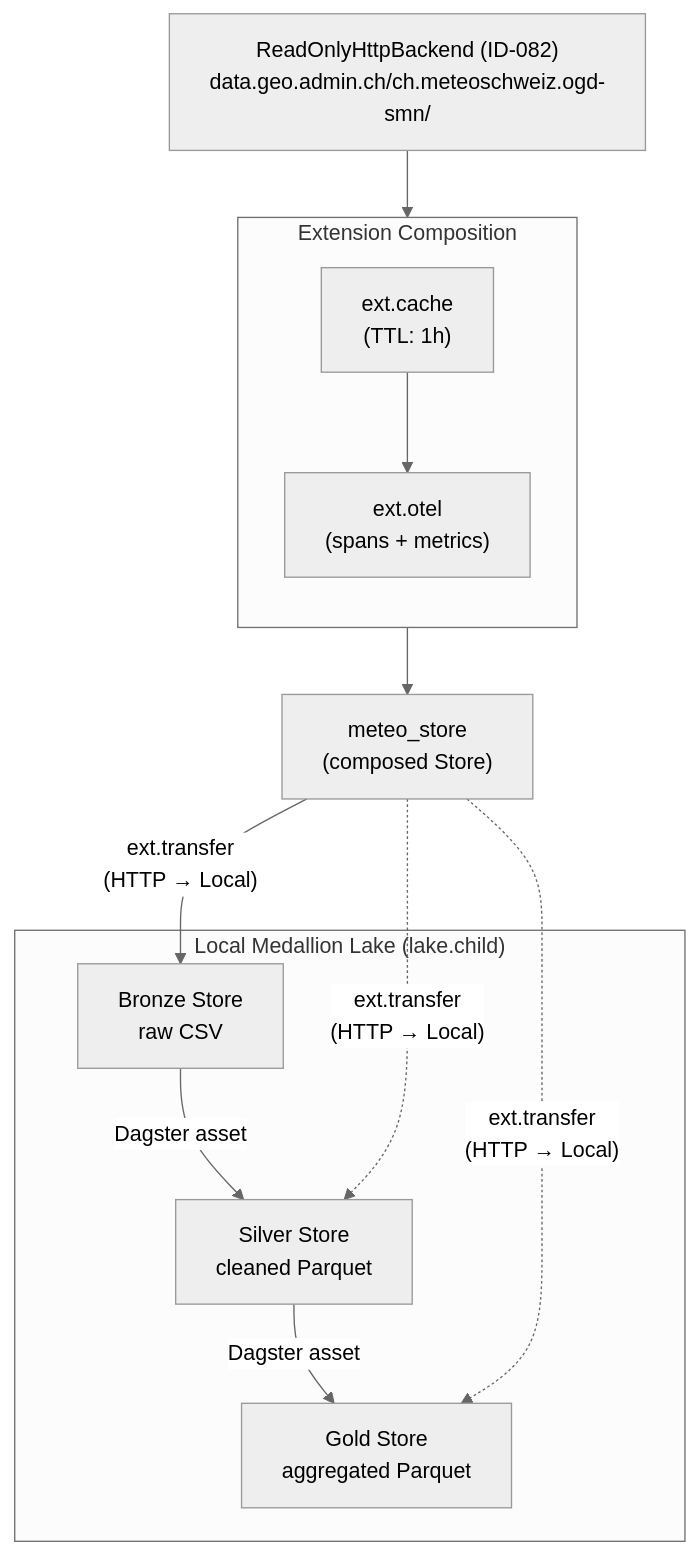
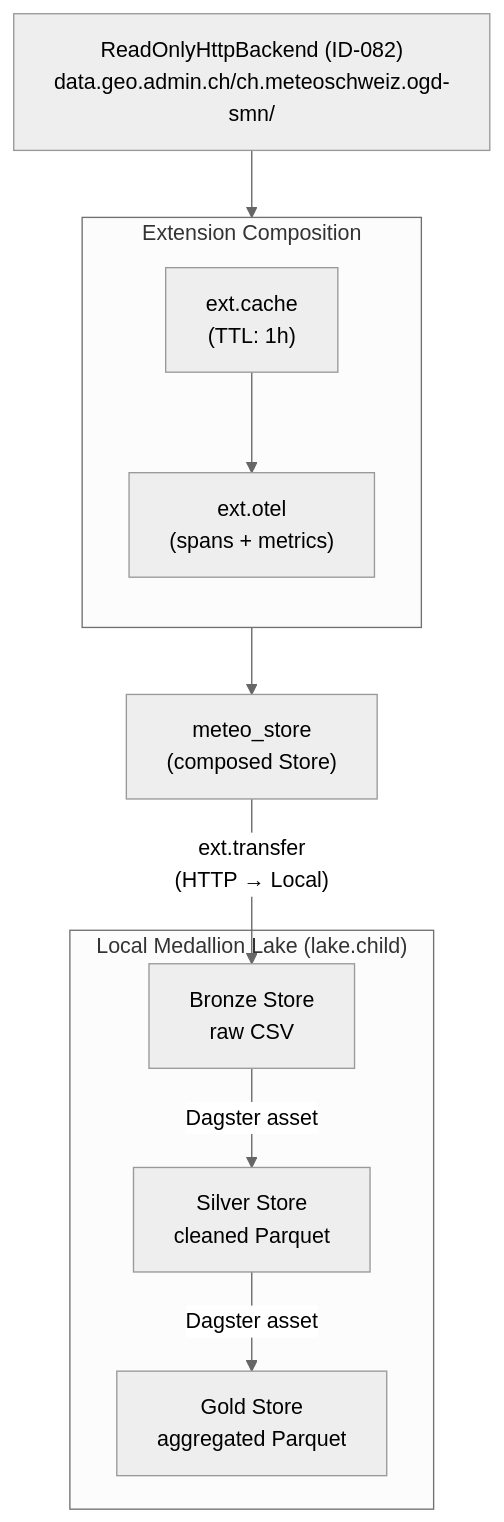
Before and after one commit to haalfi/remote-store: the first of 2 diagrams in sdd/research/research-medallion-dagster-showcase.md, drawn with Mermaid (neutral theme). The commit also changed other lines of this file, not shown here.

First line of the commit message:
Fix PR review findings in medallion-dagster architecture doc

````diff
--- a/sdd/research/research-medallion-dagster-showcase.md
+++ b/sdd/research/research-medallion-dagster-showcase.md
@@ -111,26 +111,24 @@
 ```mermaid
 graph TD
     HTTP["ReadOnlyHttpBackend (ID-082)<br/>data.geo.admin.ch/ch.meteoschweiz.ogd-smn/"]
 
     subgraph compose["Extension Composition"]
         direction TB
         CACHE["ext.cache<br/>(TTL: 1h)"]
         OTEL["ext.otel<br/>(spans + metrics)"]
     end
     HTTP --> CACHE --> OTEL
 
     METEO["meteo_store<br/>(composed Store)"]
     OTEL --> METEO
 
     subgraph lake["Local Medallion Lake (lake.child)"]
         BRONZE["Bronze Store<br/>raw CSV"]
         SILVER["Silver Store<br/>cleaned Parquet"]
         GOLD["Gold Store<br/>aggregated Parquet"]
         BRONZE -- "Dagster asset" --> SILVER
         SILVER -- "Dagster asset" --> GOLD
     end
 
     METEO -- "ext.transfer<br/>(HTTP → Local)" --> BRONZE
-    METEO -. "ext.transfer<br/>(HTTP → Local)" .-> SILVER
-    METEO -. "ext.transfer<br/>(HTTP → Local)" .-> GOLD
 ```
````
